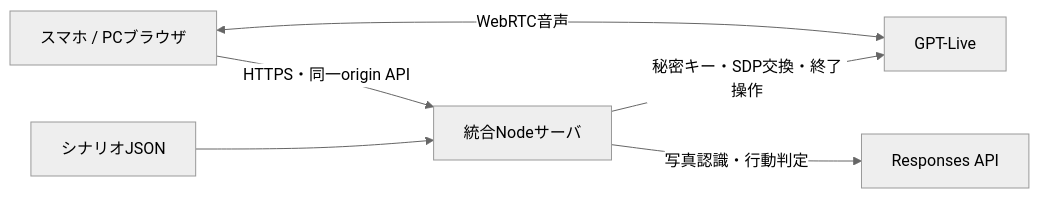
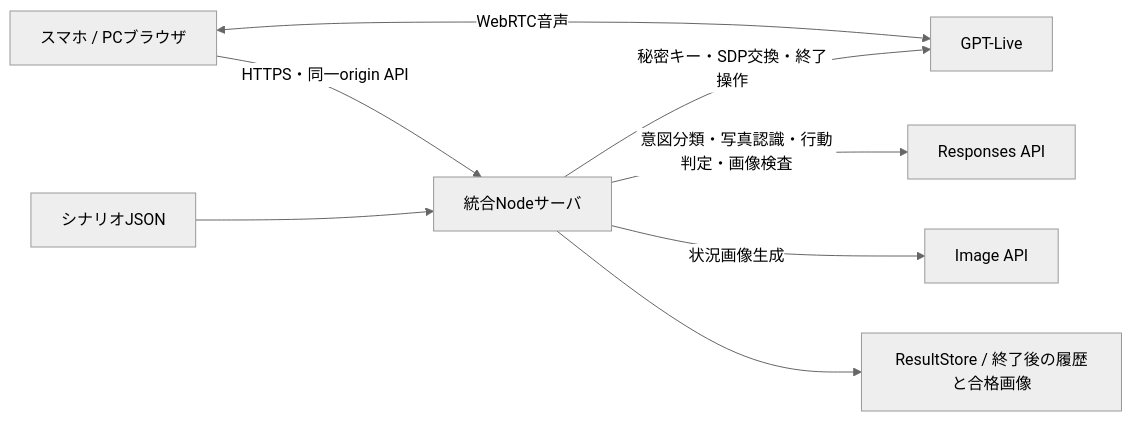
Before and after one commit to VR-IMAGINATORS/OpenAI-Hackathon: the diagram in docs/architecture.md, drawn with Mermaid (neutral theme). The commit also changed other lines of this file and 10 other files, not shown here.

````diff
--- a/docs/architecture.md
+++ b/docs/architecture.md
@@ -3,8 +3,10 @@
 ```mermaid
 flowchart LR
   A[スマホ / PCブラウザ] -->|HTTPS・同一origin API| B[統合Nodeサーバ]
   A <-->|WebRTC音声| C[GPT-Live]
   B -->|秘密キー・SDP交換・終了操作| C
-  B -->|写真認識・行動判定| D[Responses API]
+  B -->|意図分類・写真認識・行動判定・画像検査| D[Responses API]
+  B -->|状況画像生成| F[Image API]
+  B --> G[ResultStore / 終了後の履歴と合格画像]
   E[シナリオJSON] --> B
 ```
````
